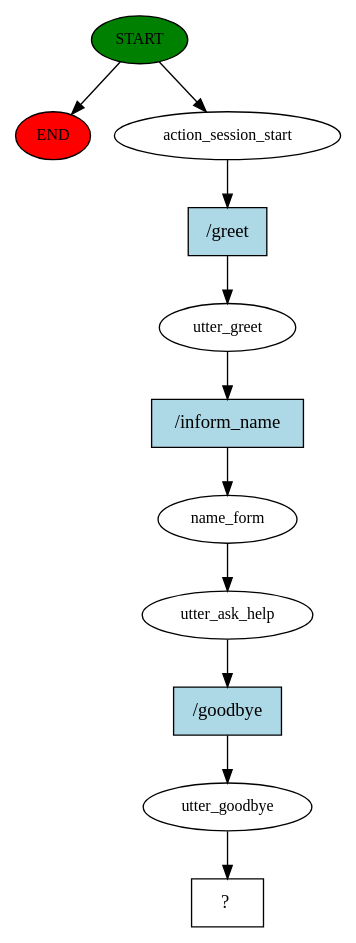
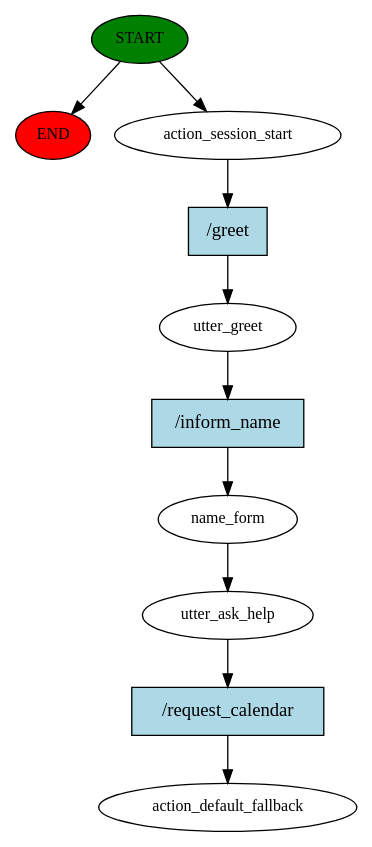
The diagram in story_graph.dot (ofernandobarbosa/chatbot_IF), drawn with Graphviz before and after one commit. The commit also changed 4 other files, not shown here.

```diff
--- a/story_graph.dot
+++ b/story_graph.dot
@@ -1,23 +1,21 @@
 digraph  {
 0 [class="start active", fillcolor=green, fontsize=12, label=START, style=filled];
 "-1" [class=end, fillcolor=red, fontsize=12, label=END, style=filled];
 1 [class=active, fontsize=12, label=action_session_start];
 2 [class=active, fontsize=12, label=utter_greet];
 3 [class=active, fontsize=12, label=name_form];
 4 [class=active, fontsize=12, label=utter_ask_help];
-5 [class=active, fontsize=12, label=utter_goodbye];
-6 [class="intent dashed active", label="  ?  ", shape=rect];
-7 [class="intent active", fillcolor=lightblue, label="/greet", shape=rect, style=filled];
-8 [class="intent active", fillcolor=lightblue, label="/inform_name", shape=rect, style=filled];
-9 [class="intent active", fillcolor=lightblue, label="/goodbye", shape=rect, style=filled];
+5 [class="dashed active", fontsize=12, label=action_default_fallback];
+6 [class="intent active", fillcolor=lightblue, label="/greet", shape=rect, style=filled];
+7 [class="intent active", fillcolor=lightblue, label="/inform_name", shape=rect, style=filled];
+8 [class="intent active", fillcolor=lightblue, label="/request_calendar", shape=rect, style=filled];
 0 -> "-1"  [class="", key=NONE, label=""];
 0 -> 1  [class=active, key=NONE, label=""];
-1 -> 7  [class=active, key=0];
-2 -> 8  [class=active, key=0];
+1 -> 6  [class=active, key=0];
+2 -> 7  [class=active, key=0];
 3 -> 4  [class=active, key=NONE, label=""];
-4 -> 9  [class=active, key=0];
-5 -> 6  [class=active, key=NONE, label=""];
-7 -> 2  [class=active, key=0];
-8 -> 3  [class=active, key=0];
-9 -> 5  [class=active, key=0];
+4 -> 8  [class=active, key=0];
+6 -> 2  [class=active, key=0];
+7 -> 3  [class=active, key=0];
+8 -> 5  [class=active, key=0];
 }
```
